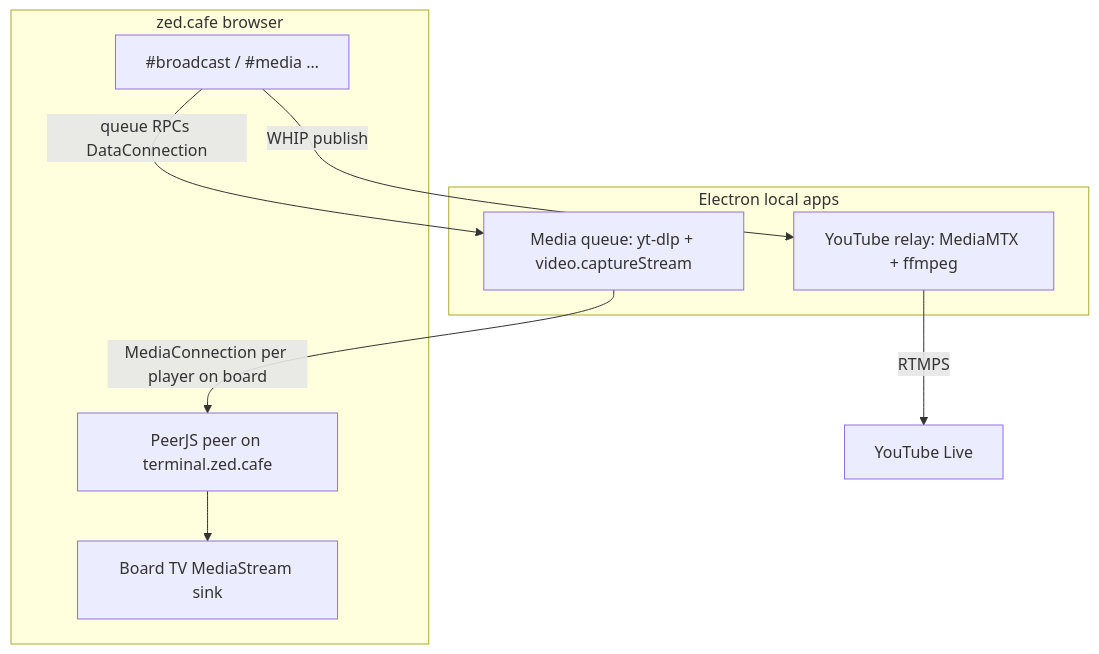
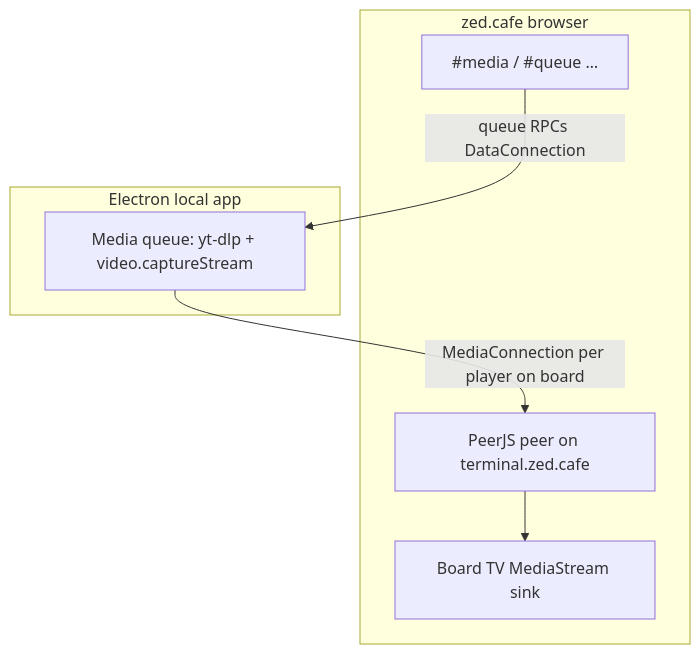
Before and after one commit to goldbuick/zed-software-system: the diagram in ops/docs/local-media-helpers-tauri.mdx, drawn with Mermaid. The commit also changed other lines of this file and 79 other files, not shown here.

````diff
--- a/ops/docs/local-media-helpers-tauri.mdx
+++ b/ops/docs/local-media-helpers-tauri.mdx
@@ -18,19 +17,16 @@
 ```mermaid
 flowchart TB
   subgraph cafe [zed.cafe browser]
-    CLI["#broadcast / #media …"]
+    CLI["#media / #queue …"]
     Peer["PeerJS peer on terminal.zed.cafe"]
     TV["Board TV MediaStream sink"]
   end
 
-  subgraph helpers [Electron local apps]
-    YT["YouTube relay: MediaMTX + ffmpeg"]
+  subgraph helpers [Electron local app]
     MQ["Media queue: yt-dlp + video.captureStream"]
   end
 
-  CLI -->|WHIP publish| YT
-  YT -->|RTMPS| YouTube[YouTube Live]
   CLI -->|queue RPCs DataConnection| MQ
   MQ -->|MediaConnection per player on board| Peer
   Peer --> TV
 ```
````
